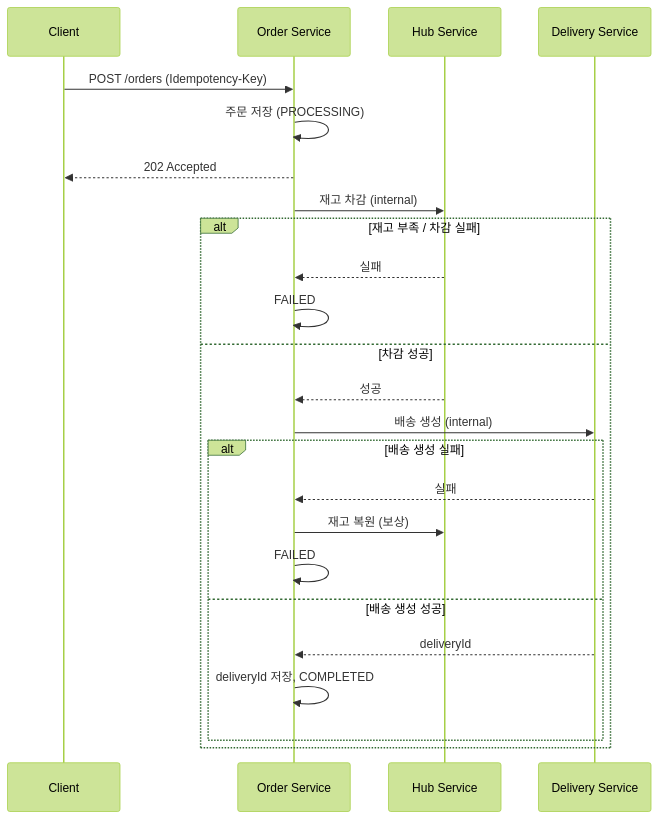
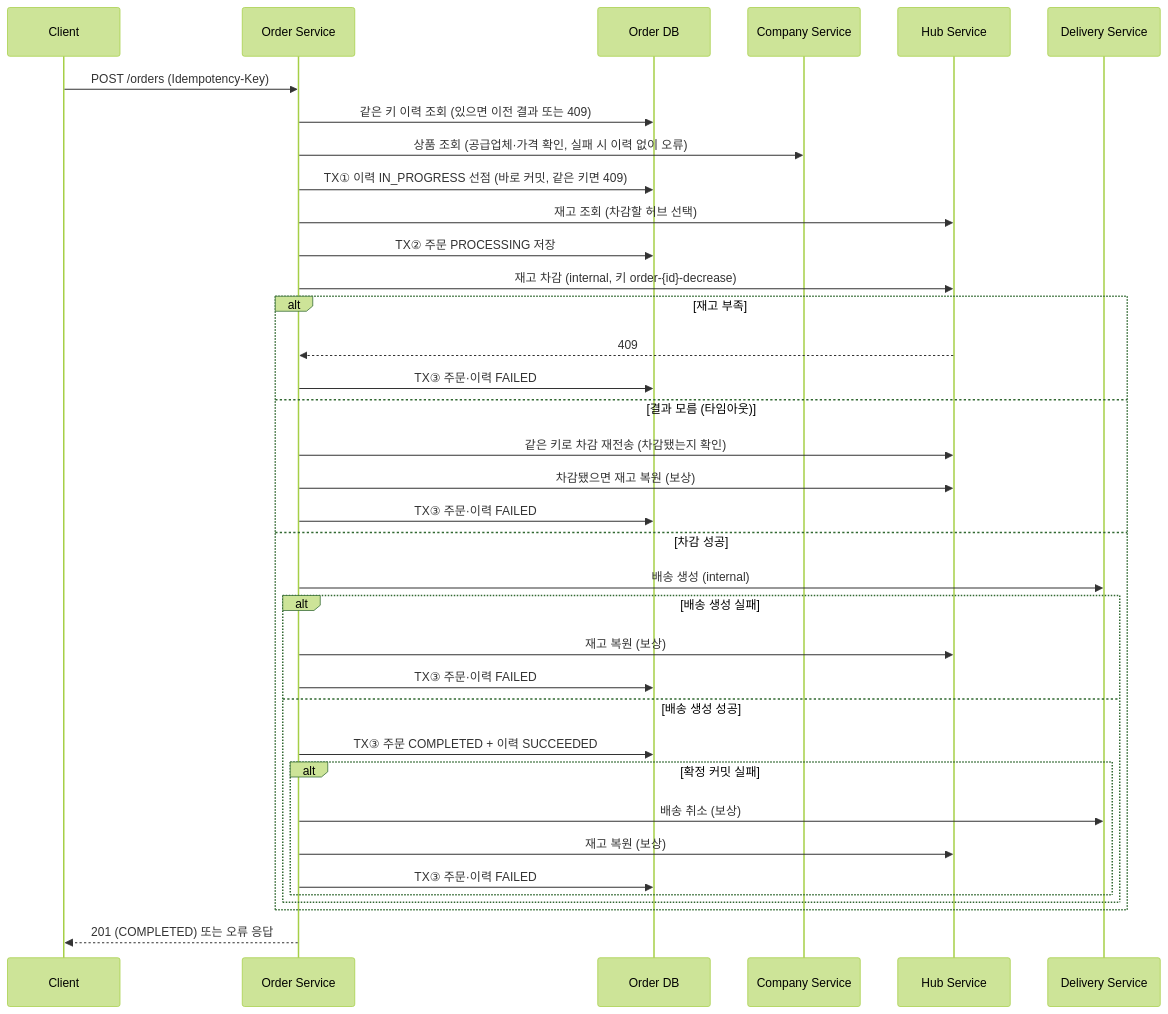
One commit to 01Commit10/sparta-logistics changed the third of 3 diagrams in docs/design/07 서비스 정책.md. Above: the diagram before and after it, drawn with Mermaid (forest theme). The commit also changed other lines of this file and 2 other files, not shown here.

Commit message:
[DOCS] 주문 생성 트랜잭션 경계와 실패 처리를 구현에 맞춰 수정
- 07 서비스 정책
  - 5.1: 가격 확인, 동기 201 응답, 같은 키 동시 요청, 실패한 키 재사용 불가
  - 7장: 트랜잭션 경계·코드 구조, 시퀀스 다이어그램 갱신
  - 9장 11번: 구현 기준 201
- SYS-13 장애 대응 설계
  - 8.1: 현재 구현과 제안의 차이, 실서비스 검증 결과
  - 8.3: F1~F3 현황
- 04 API 명세서: 주문 생성 응답 201, unitPrice 요청 필드, 오류 코드

````diff
--- a/docs/design/07 서비스 정책.md
+++ b/docs/design/07 서비스 정책.md
@@ -311,27 +316,39 @@
 ```mermaid
 sequenceDiagram
     participant C as Client
     participant O as Order Service
+    participant DB as Order DB
+    participant P as Company Service
     participant H as Hub Service
     participant D as Delivery Service
 
     C->>O: POST /orders (Idempotency-Key)
-    O->>O: 주문 저장 (PROCESSING)
-    O-->>C: 202 Accepted
-    O->>H: 재고 차감 (internal)
-    alt 재고 부족 / 차감 실패
-        H-->>O: 실패
-        O->>O: FAILED
+    O->>DB: 같은 키 이력 조회 (있으면 이전 결과 또는 409)
+    O->>P: 상품 조회 (공급업체·가격 확인, 실패 시 이력 없이 오류)
+    O->>DB: TX① 이력 IN_PROGRESS 선점 (바로 커밋, 같은 키면 409)
+    O->>H: 재고 조회 (차감할 허브 선택)
+    O->>DB: TX② 주문 PROCESSING 저장
+    O->>H: 재고 차감 (internal, 키 order-{id}-decrease)
+    alt 재고 부족
+        H-->>O: 409
+        O->>DB: TX③ 주문·이력 FAILED
+    else 결과 모름 (타임아웃)
+        O->>H: 같은 키로 차감 재전송 (차감됐는지 확인)
+        O->>H: 차감됐으면 재고 복원 (보상)
+        O->>DB: TX③ 주문·이력 FAILED
     else 차감 성공
-        H-->>O: 성공
         O->>D: 배송 생성 (internal)
         alt 배송 생성 실패
-            D-->>O: 실패
             O->>H: 재고 복원 (보상)
-            O->>O: FAILED
+            O->>DB: TX③ 주문·이력 FAILED
         else 배송 생성 성공
-            D-->>O: deliveryId
-            O->>O: deliveryId 저장, COMPLETED
+            O->>DB: TX③ 주문 COMPLETED + 이력 SUCCEEDED
+            alt 확정 커밋 실패
+                O->>D: 배송 취소 (보상)
+                O->>H: 재고 복원 (보상)
+                O->>DB: TX③ 주문·이력 FAILED
+            end
         end
     end
+    O-->>C: 201 (COMPLETED) 또는 오류 응답
 ```
````
